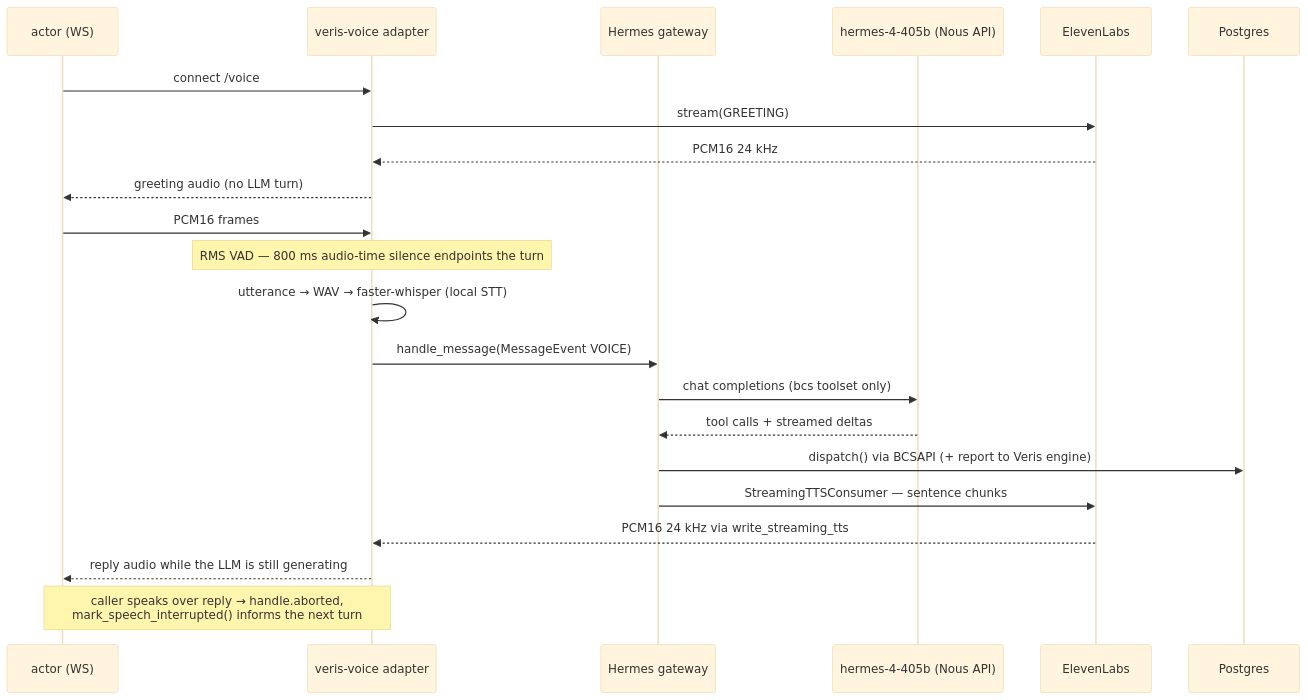
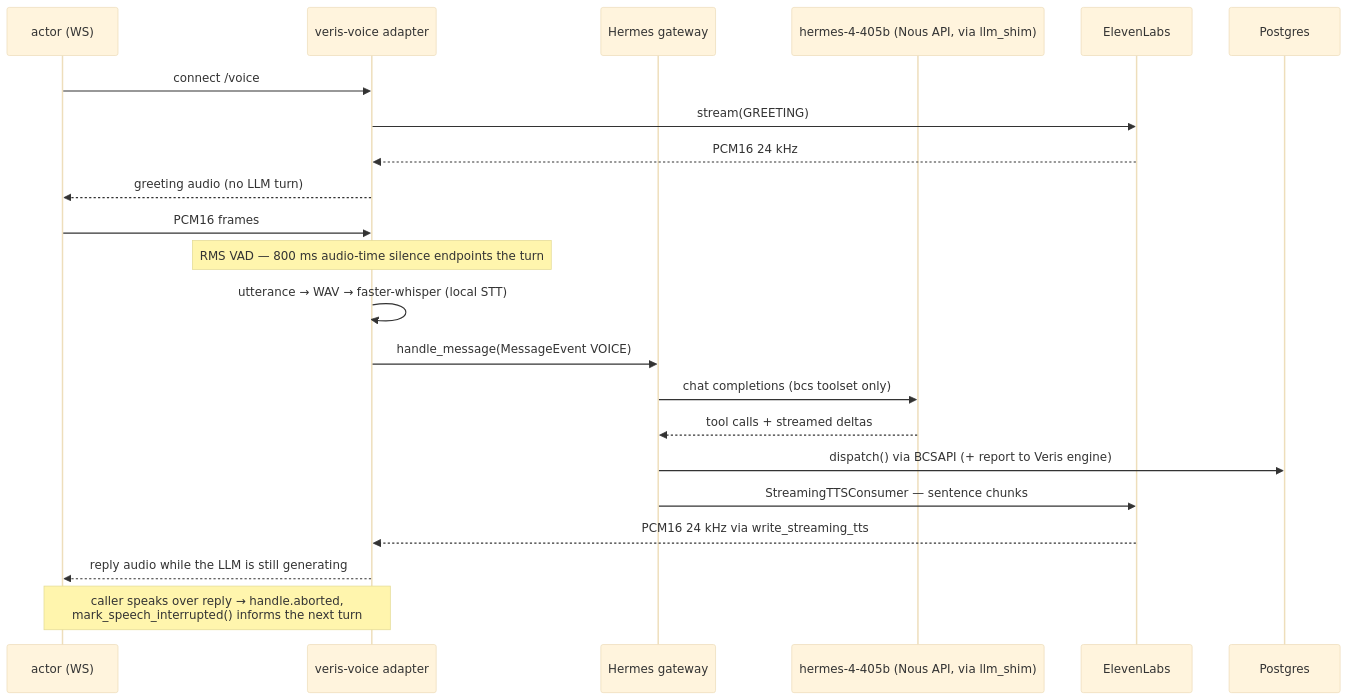
One commit to veris-ai/riley-agent changed the diagram in hermes/app/README.md. Above: the diagram before and after it, drawn with Mermaid (base theme). The commit also changed other lines of this file and 5 other files, not shown here.

First line of the commit message:
fix(hermes): make the live path work end to end against real Nous + ElevenLabs keys

````diff
--- a/hermes/app/README.md
+++ b/hermes/app/README.md
@@ -22,25 +24,25 @@
 ```mermaid
 sequenceDiagram
     participant A as actor (WS)
     participant P as veris-voice adapter
     participant G as Hermes gateway
-    participant L as hermes-4-405b (Nous API)
+    participant L as hermes-4-405b (Nous API, via llm_shim)
     participant E as ElevenLabs
     participant D as Postgres
 
     A->>P: connect /voice
     P->>E: stream(GREETING)
     E-->>P: PCM16 24 kHz
     P-->>A: greeting audio (no LLM turn)
     A->>P: PCM16 frames
     Note over P: RMS VAD — 800 ms audio-time silence endpoints the turn
     P->>P: utterance → WAV → faster-whisper (local STT)
     P->>G: handle_message(MessageEvent VOICE)
     G->>L: chat completions (bcs toolset only)
     L-->>G: tool calls + streamed deltas
     G->>D: dispatch() via BCSAPI (+ report to Veris engine)
     G->>E: StreamingTTSConsumer — sentence chunks
     E-->>P: PCM16 24 kHz via write_streaming_tts
     P-->>A: reply audio while the LLM is still generating
     Note over A,P: caller speaks over reply → handle.aborted,<br/>mark_speech_interrupted() informs the next turn
 ```
````
